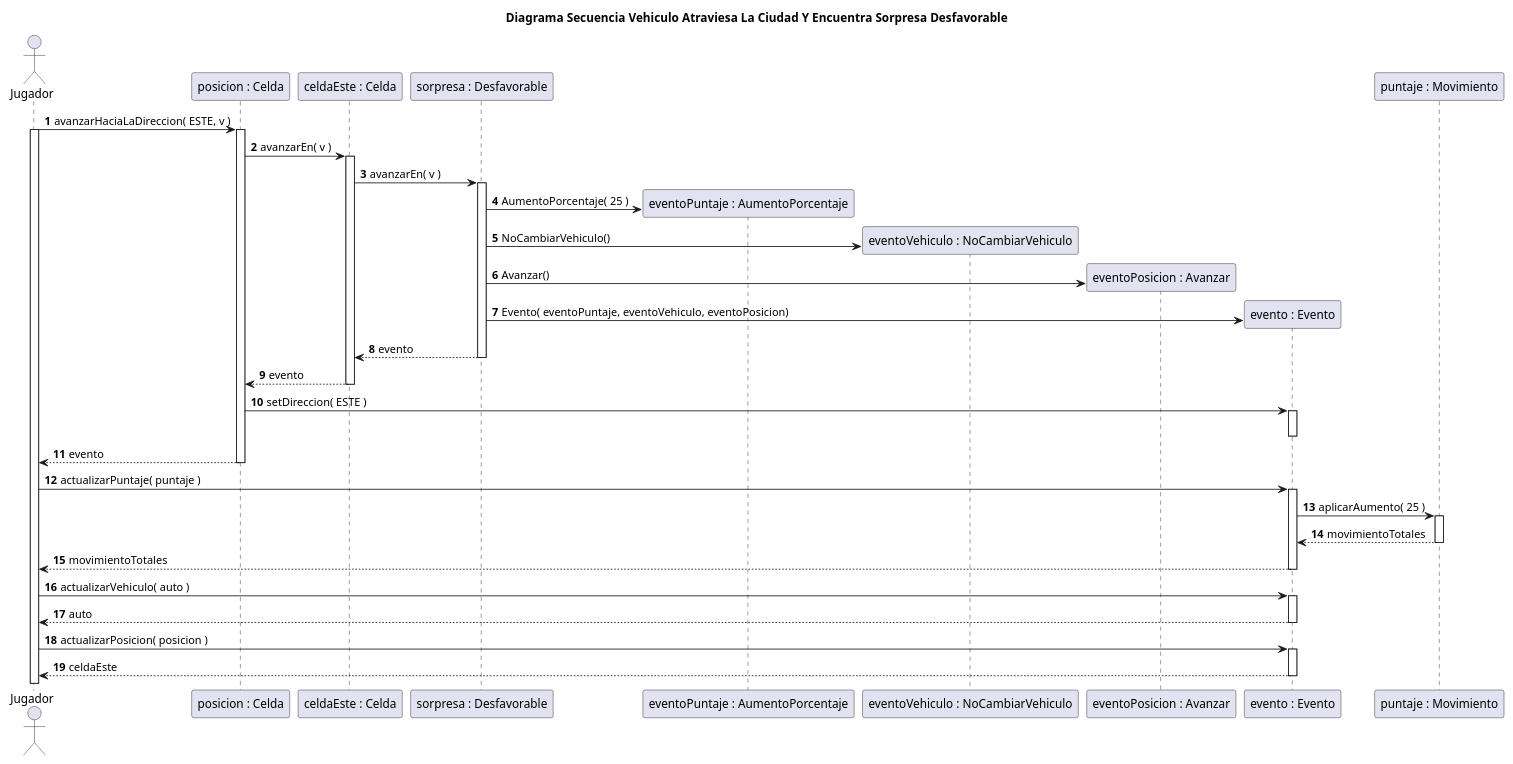
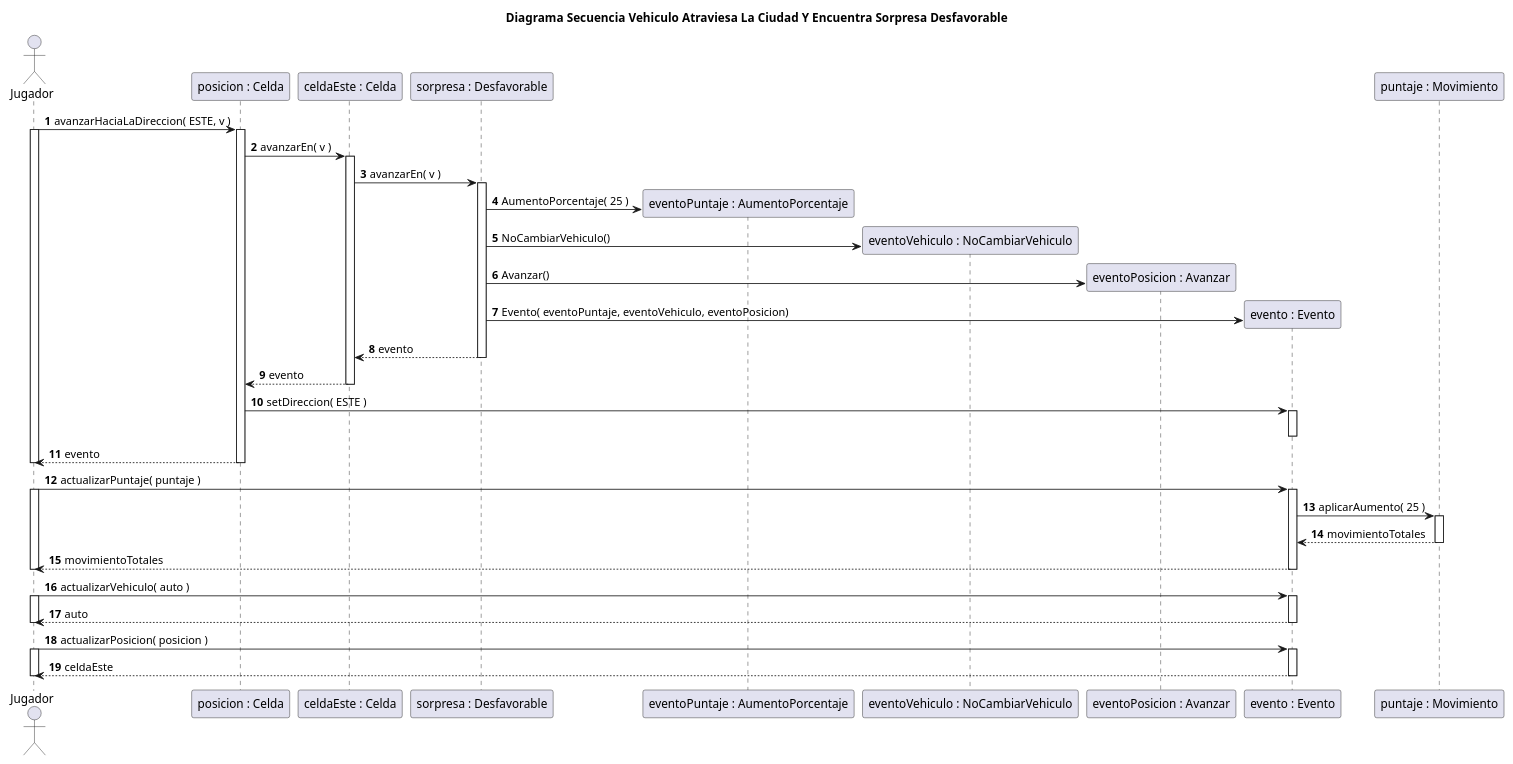
The diagram in diagrams/sequences/entrega2/CasoVehiculoAtraviesaLaCiudadYEncuentraSorpresaDesfavorable.puml (rodrigovzq/algo3_tp2), drawn with PlantUML before and after one commit. The commit also changed 24 other files, not shown here.

Commit message:
Detalles de Diagramas Mejorado

```diff
--- a/diagrams/sequences/entrega2/CasoVehiculoAtraviesaLaCiudadYEncuentraSorpresaDesfavorable.puml
+++ b/diagrams/sequences/entrega2/CasoVehiculoAtraviesaLaCiudadYEncuentraSorpresaDesfavorable.puml
@@ -1,51 +1,58 @@
 @startuml
 title Diagrama Secuencia Vehiculo Atraviesa La Ciudad Y Encuentra Sorpresa Desfavorable
-
 autonumber
-
 actor Jugador
 
 Jugador -> "posicion : Celda"++: avanzarHaciaLaDireccion( ESTE, v )
-
 activate Jugador
 "posicion : Celda" -> "celdaEste : Celda"++: avanzarEn( v )
+"celdaEste : Celda" -> "sorpresa : Desfavorable"++: avanzarEn( v )
 
-
-"celdaEste : Celda" -> "sorpresa : Desfavorable"++: avanzarEn( v )
 
 create "eventoPuntaje : AumentoPorcentaje"
 "sorpresa : Desfavorable"-> "eventoPuntaje : AumentoPorcentaje": AumentoPorcentaje( 25 )
 
+
 create "eventoVehiculo : NoCambiarVehiculo"
 "sorpresa : Desfavorable" -> "eventoVehiculo : NoCambiarVehiculo": NoCambiarVehiculo()
+
 
 create "eventoPosicion : Avanzar"
 "sorpresa : Desfavorable"  -> "eventoPosicion : Avanzar": Avanzar()
 
+
 create "evento : Evento"
 "sorpresa : Desfavorable"  -> "evento : Evento": Evento( eventoPuntaje, eventoVehiculo, eventoPosicion)
 
+
 "sorpresa : Desfavorable" --> "celdaEste : Celda"--: evento
-
 "celdaEste : Celda" --> "posicion : Celda": evento
 deactivate "celdaEste : Celda"
 
 
 "posicion : Celda" -> "evento : Evento"++: setDireccion( ESTE )
 deactivate "evento : Evento"
 "posicion : Celda" --> Jugador--: evento
+deactivate Jugador
 
 
 Jugador -> "evento : Evento"++: actualizarPuntaje( puntaje )
+activate Jugador
 "evento : Evento" -> "puntaje : Movimiento"++: aplicarAumento( 25 )
 "puntaje : Movimiento" --> "evento : Evento": movimientoTotales
 deactivate "puntaje : Movimiento"
 Jugador <-- "evento : Evento"--: movimientoTotales
+deactivate Jugador
+
 
 Jugador -> "evento : Evento"++: actualizarVehiculo( auto )
+activate Jugador
 Jugador <-- "evento : Evento"--: auto
+deactivate Jugador
+
 
 Jugador -> "evento : Evento"++: actualizarPosicion( posicion )
+activate Jugador
 Jugador <-- "evento : Evento"--: celdaEste
-
+deactivate Jugador
 @enduml
```
